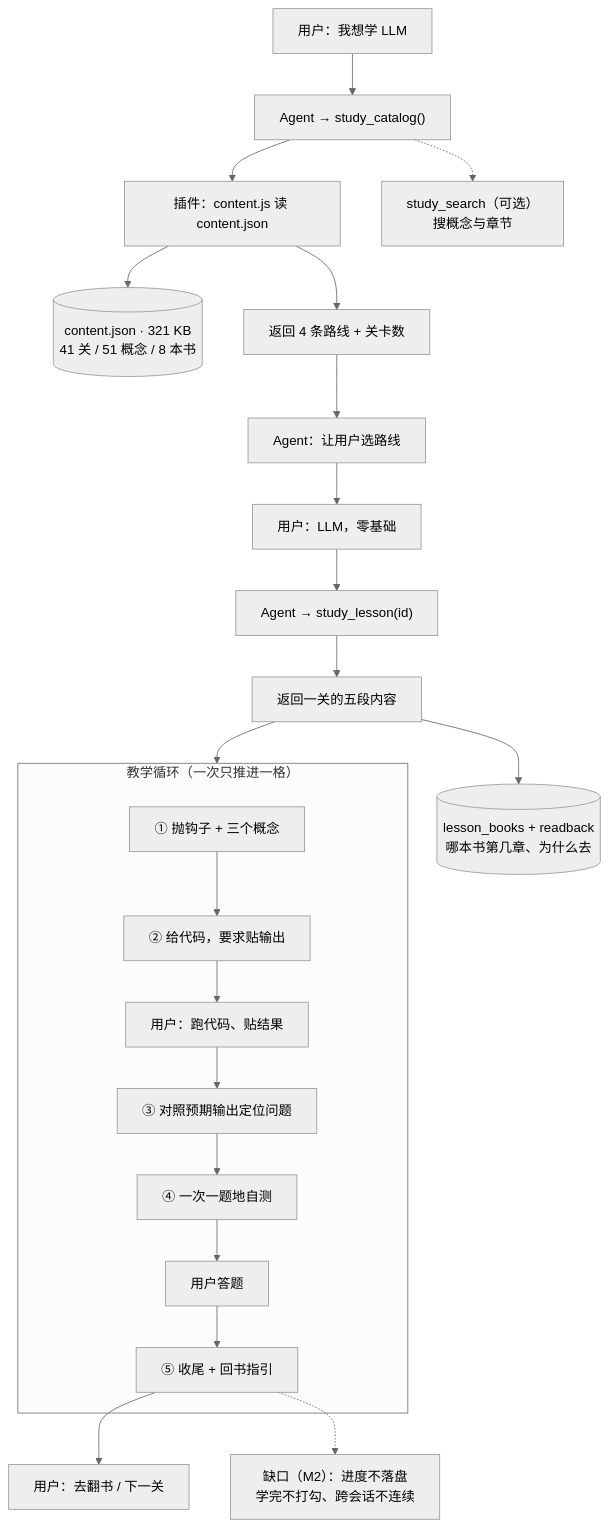
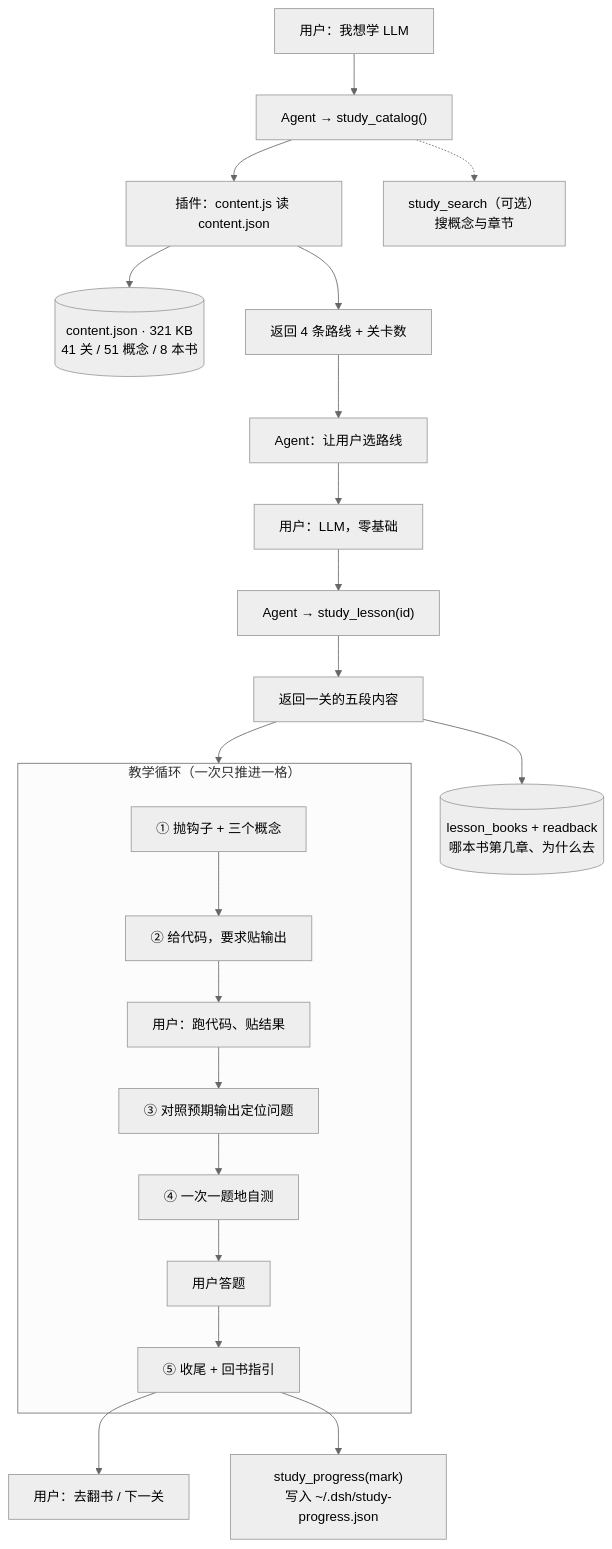
Before and after one commit to JACOB0876/dsh-study: the diagram in docs/flow.md, drawn with Mermaid (neutral theme). The commit also changed other lines of this file and 11 other files, not shown here.

Commit message:
feat(plugin): v0.2 进度落盘 - study_progress 工具 + 续学逻辑

````diff
--- a/docs/flow.md
+++ b/docs/flow.md
@@ -5,26 +5,26 @@
 ```mermaid
 flowchart TD
   U1["用户：我想学 LLM"] --> A1["Agent → study_catalog()"]
   A1 --> P1["插件：content.js 读 content.json"]
   P1 --> D1[("content.json · 321 KB<br/>41 关 / 51 概念 / 8 本书")]
   P1 --> P2["返回 4 条路线 + 关卡数"]
   P2 --> A2["Agent：让用户选路线"]
   A2 --> U2["用户：LLM，零基础"]
   U2 --> A3["Agent → study_lesson(id)"]
   A3 --> P3["返回一关的五段内容"]
   P3 --> D2[("lesson_books + readback<br/>哪本书第几章、为什么去")]
   P3 --> LOOP
 
   subgraph LOOP["教学循环（一次只推进一格）"]
     B1["① 抛钩子 + 三个概念"] --> B2["② 给代码，要求贴输出"]
     B2 --> U3["用户：跑代码、贴结果"]
     U3 --> B3["③ 对照预期输出定位问题"]
     B3 --> B4["④ 一次一题地自测"]
     B4 --> U4["用户答题"]
     U4 --> B5["⑤ 收尾 + 回书指引"]
   end
 
   B5 --> END1["用户：去翻书 / 下一关"]
   A1 -.-> S["study_search（可选）<br/>搜概念与章节"]
-  B5 -.-> GAP["缺口（M2）：进度不落盘<br/>学完不打勾、跨会话不连续"]
+  B5 --> DONE["study_progress(mark)<br/>写入 ~/.dsh/study-progress.json"]
 ```
````
